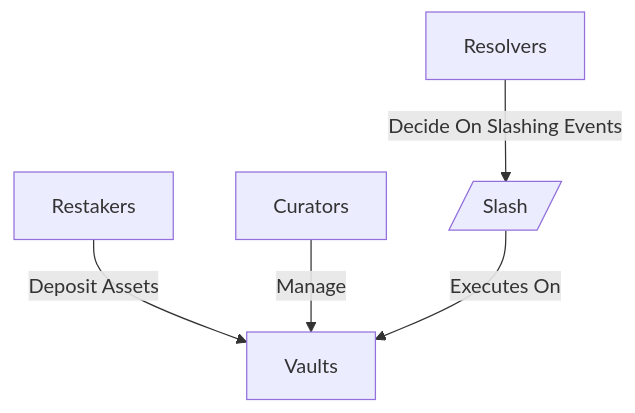
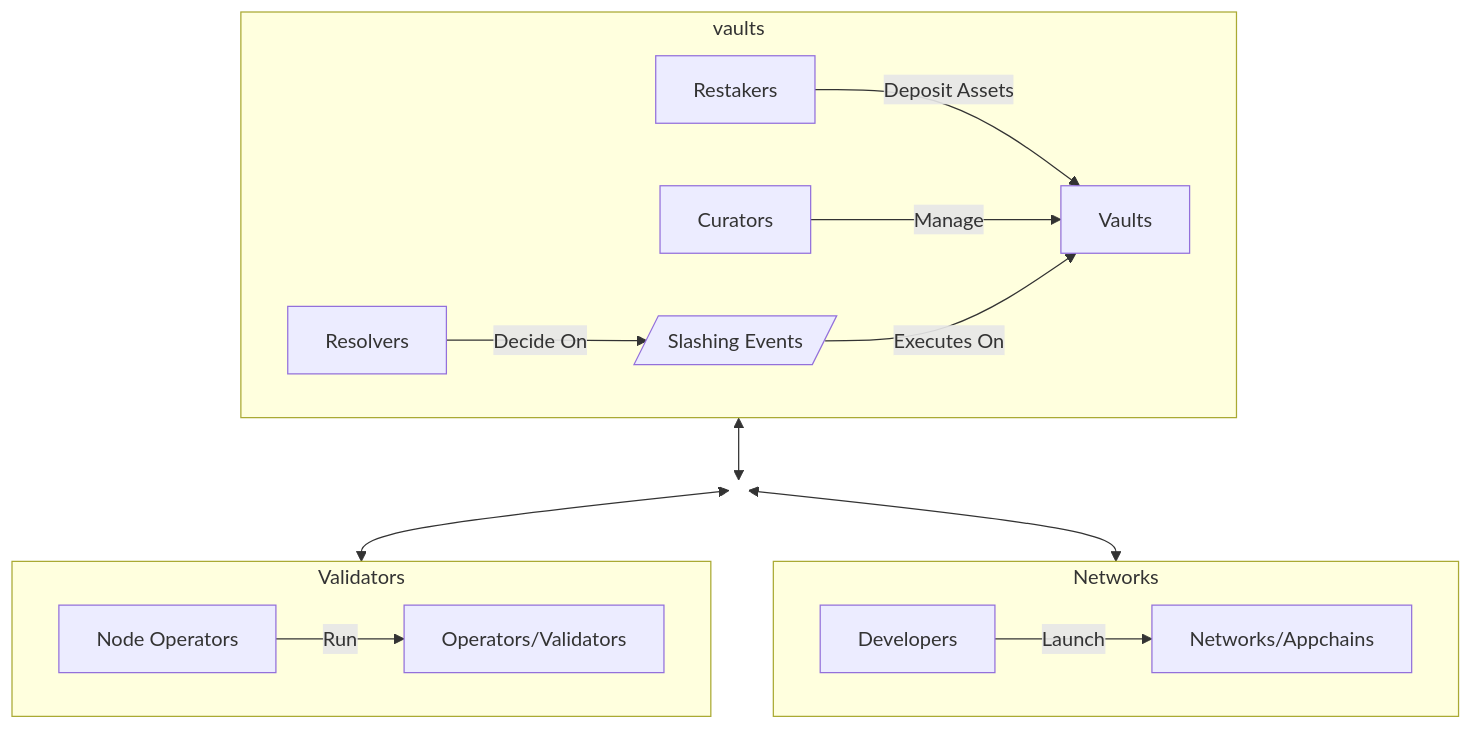
The first of 2 diagrams in learn/tanssi/external-security-providers/symbiotic.md (moondance-labs/tanssi-docs), drawn with Mermaid before and after one commit. The commit also changed other lines of this file, not shown here.

Commit message:
Back to only one bigger diagram

````diff
--- a/learn/tanssi/external-security-providers/symbiotic.md
+++ b/learn/tanssi/external-security-providers/symbiotic.md
@@ -24,8 +38,34 @@
-    ```mermaid
-    flowchart TD
-        slash[/Slash/]
+```mermaid
+flowchart TD
+    %% Vaults subgraph
+    subgraph vaults
+        slash[/Slashing Events/]
         Restakers -- Deposit Assets --> Vaults
         Curators -- Manage --> Vaults
-        Resolvers -- Decide On Slashing Events --> slash
+        Resolvers -- Decide On --> slash
         slash -- Executes On --> Vaults
-    ```
+    end
+
+    %% Validators subgraph
+    subgraph Validators
+        validators["Operators/Validators"]
+        operators["Node Operators"]
+        operators -- Run --> validators
+    end
+
+    %% Networks subgraph
+    subgraph Networks
+        networks["Networks/Appchains"]
+        developers["Developers"]
+        developers -- Launch --> networks
+    end
+
+    %% Dummy node for alignment
+    vaults <--> dummy1(( )):::invisible
+    dummy1 <--> Validators
+    dummy1 <--> Networks
+
+    %% Style for invisible node
+    classDef invisible fill:none,stroke:none;
+
+```
````
